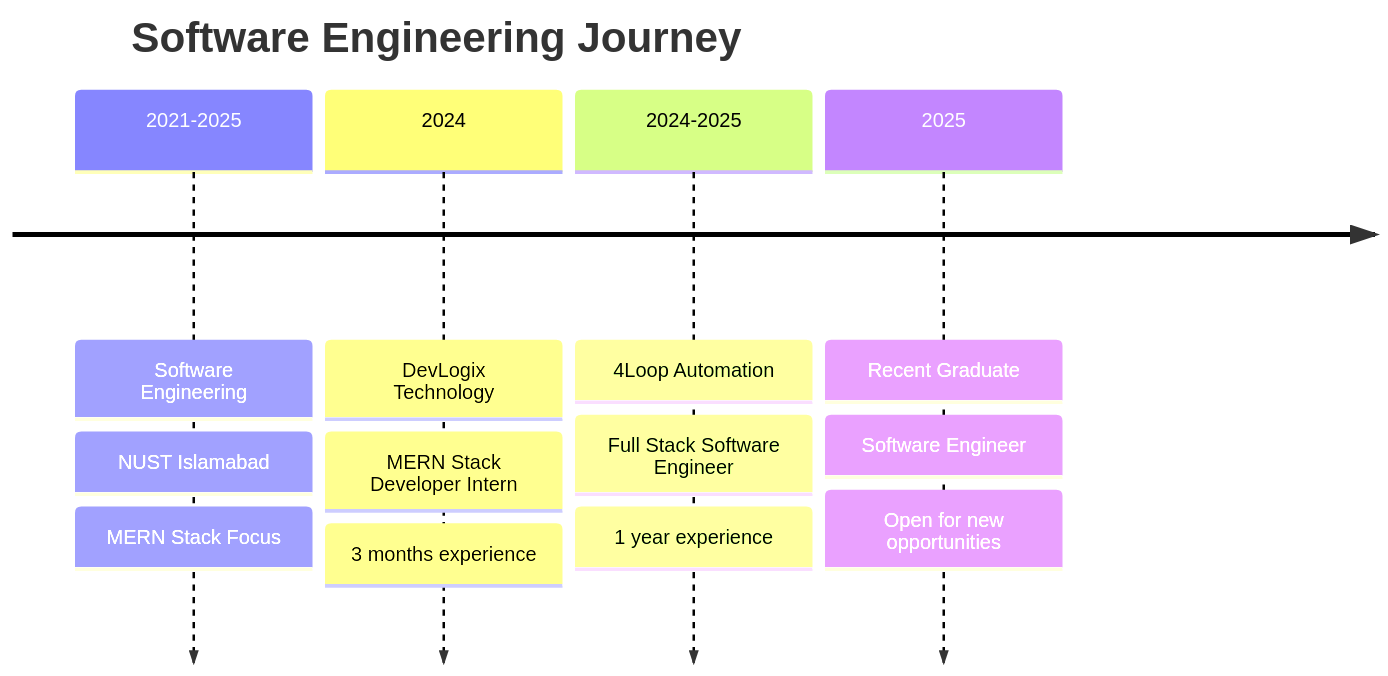
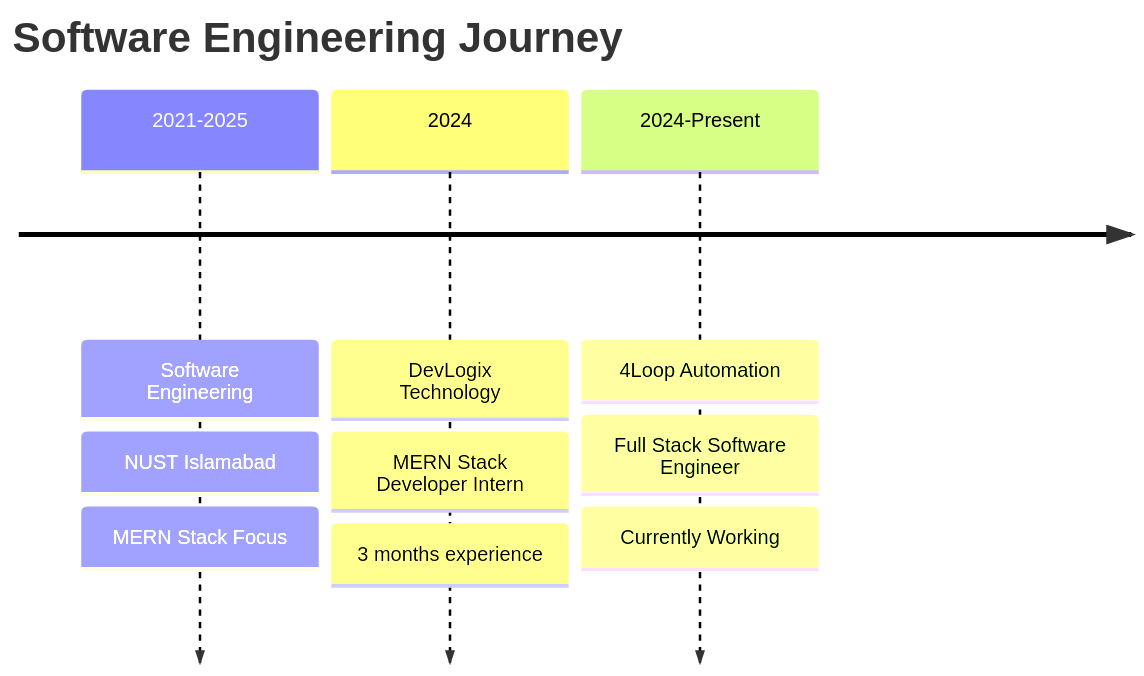
Before and after one commit to M-YasirGhaffar/M-YasirGhaffar: the diagram in README.md, drawn with Mermaid. The commit also changed other lines of this file, not shown here.

````diff
--- a/README.md
+++ b/README.md
@@ -101,20 +94,16 @@
 ```mermaid
 timeline
     title Software Engineering Journey
     
     2021-2025 : Software Engineering
               : NUST Islamabad
               : MERN Stack Focus
     
     2024     : DevLogix Technology
              : MERN Stack Developer Intern
              : 3 months experience
     
-    2024-2025 : 4Loop Automation
-             : Full Stack Software Engineer
-             : 1 year experience
-    
-    2025     : Recent Graduate
-             : Software Engineer
-             : Open for new opportunities
+    2024-Present : 4Loop Automation
+                 : Full Stack Software Engineer
+                 : Currently Working
 ```
````
